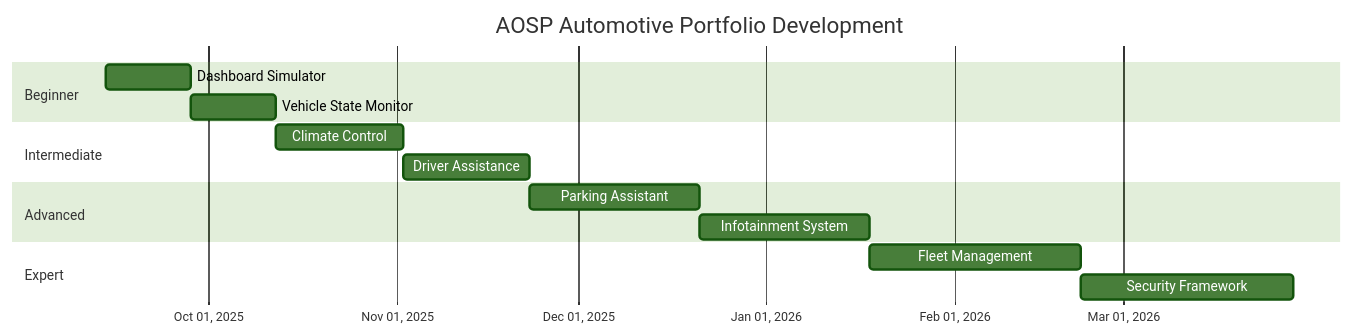
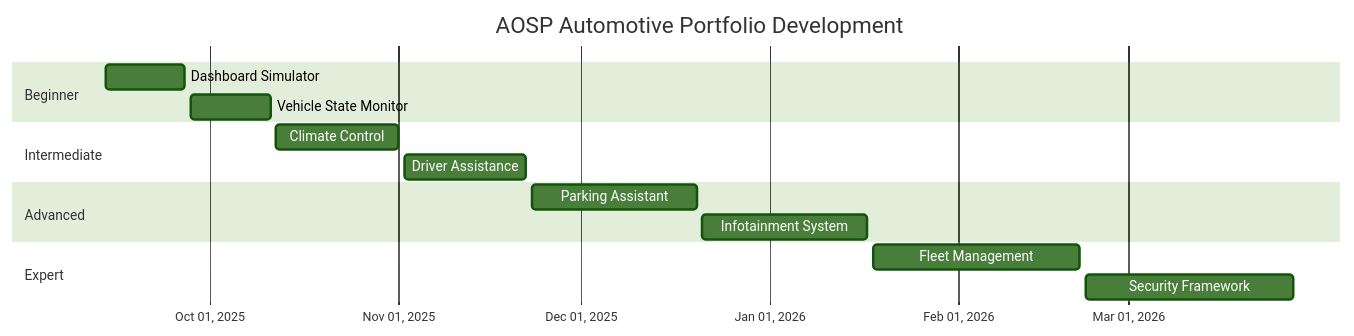
The diagram in README.md (AbdullahAbdelhakeem6484/AOSP_Automotive_Portfolio), drawn with Mermaid (forest theme) before and after one commit.

Commit message:
last Update - Gantt Chart

````diff
--- a/README.md
+++ b/README.md
@@ -108,22 +108,22 @@
 ```mermaid
 gantt
     title AOSP Automotive Portfolio Development
     dateFormat  YYYY-MM-DD
     axisFormat  %b %d, %Y
     
     section Beginner
-    Dashboard Simulator    :ds, 2025-09-14, 14d
-    Vehicle State Monitor  :vsm, after ds, 14d
+    Dashboard Simulator    :ds, 2025-09-14, 2025-09-27
+    Vehicle State Monitor  :vsm, 2025-09-28, 2025-10-11
     
     section Intermediate
-    Climate Control        :cc,  after vsm, 21d
-    Driver Assistance      :da,  after cc, 21d
+    Climate Control        :cc,  2025-10-12, 2025-11-01
+    Driver Assistance      :da,  2025-11-02, 2025-11-22
     
     section Advanced
-    Parking Assistant      :pa,  after da, 28d
-    Infotainment System    :is,  after pa, 28d
+    Parking Assistant      :pa,  2025-11-23, 2025-12-20
+    Infotainment System    :is,  2025-12-21, 2026-01-17
     
     section Expert
-    Fleet Management       :fm,  after is, 35d
-    Security Framework     :sf,  after fm, 35d
+    Fleet Management       :fm,  2026-01-18, 2026-02-21
+    Security Framework     :sf,  2026-02-22, 2026-03-28
 ```
````
